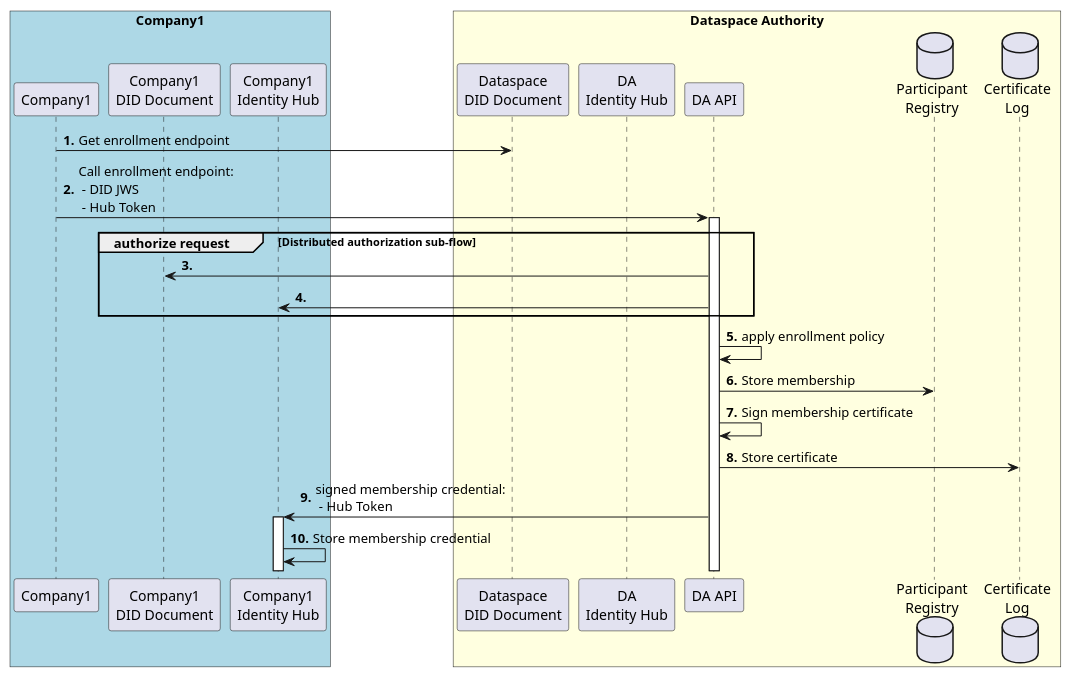
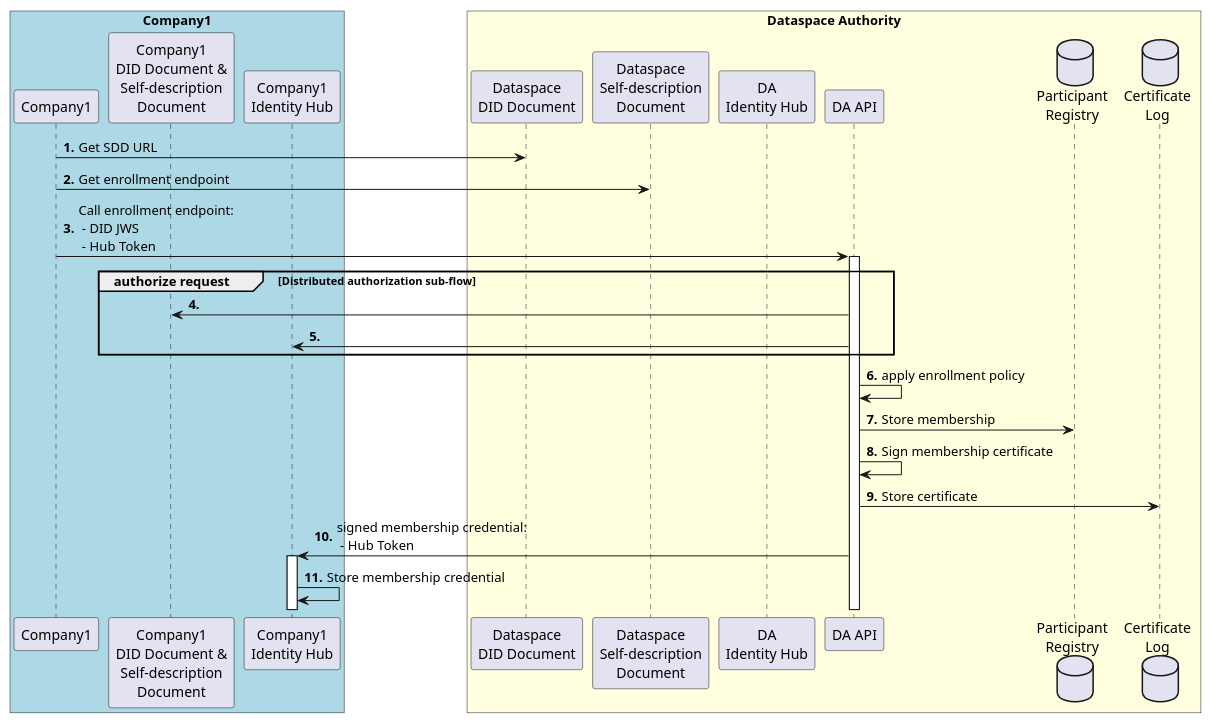
Before and after one commit to agera-edc/MinimumViableDataspaceOld: the diagram in docs/developer/decision-records/2022-05-10-dataspace-communication/dataspace-enrollment.puml, drawn with PlantUML. The commit also changed 6 other files, not shown here.

Commit message:
Added self-description document

```diff
--- a/docs/developer/decision-records/2022-05-10-dataspace-communication/dataspace-enrollment.puml
+++ b/docs/developer/decision-records/2022-05-10-dataspace-communication/dataspace-enrollment.puml
@@ -1,29 +1,31 @@
 @startuml
 autonumber "<b>0'.'"
 box "Company1" #LightBlue
 Participant Company1
-Participant "Company1\nDID Document" as DID1
+Participant "Company1\nDID Document &\nSelf-description\nDocument" as DID1
 Participant "Company1\nIdentity Hub" as IDHUB1
 end box
 box "Dataspace Authority" #LightYellow
 Participant "Dataspace\nDID Document" as DID0
+Participant "Dataspace\nSelf-description\nDocument" as SDD0
 Participant "DA\nIdentity Hub" as IDHUB0
 Participant "DA API" as DA
 Database "Participant\nRegistry" as Registry
 Database "Certificate\nLog" as CertLog
 end box
 
-Company1 -> DID0: Get enrollment endpoint
+Company1 -> DID0: Get SDD URL
+Company1 -> SDD0: Get enrollment endpoint
 Company1 -> DA ++: Call enrollment endpoint:\n - DID JWS\n - Hub Token
 group authorize request [Distributed authorization sub-flow]
   DA -> DID1
   DA -> IDHUB1
 end
 DA -> DA: apply enrollment policy
 DA -> Registry: Store membership
 DA -> DA: Sign membership certificate
 DA -> CertLog: Store certificate
 DA -> IDHUB1 ++: signed membership credential:\n - Hub Token
 IDHUB1 -> IDHUB1: Store membership credential
 
 @enduml
```
